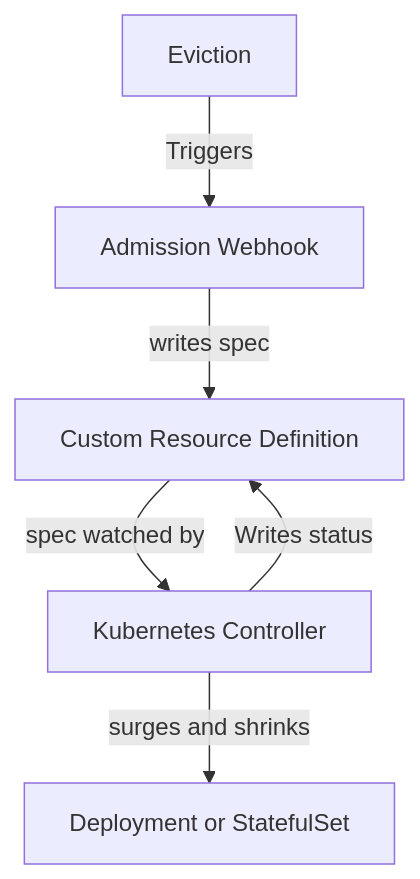
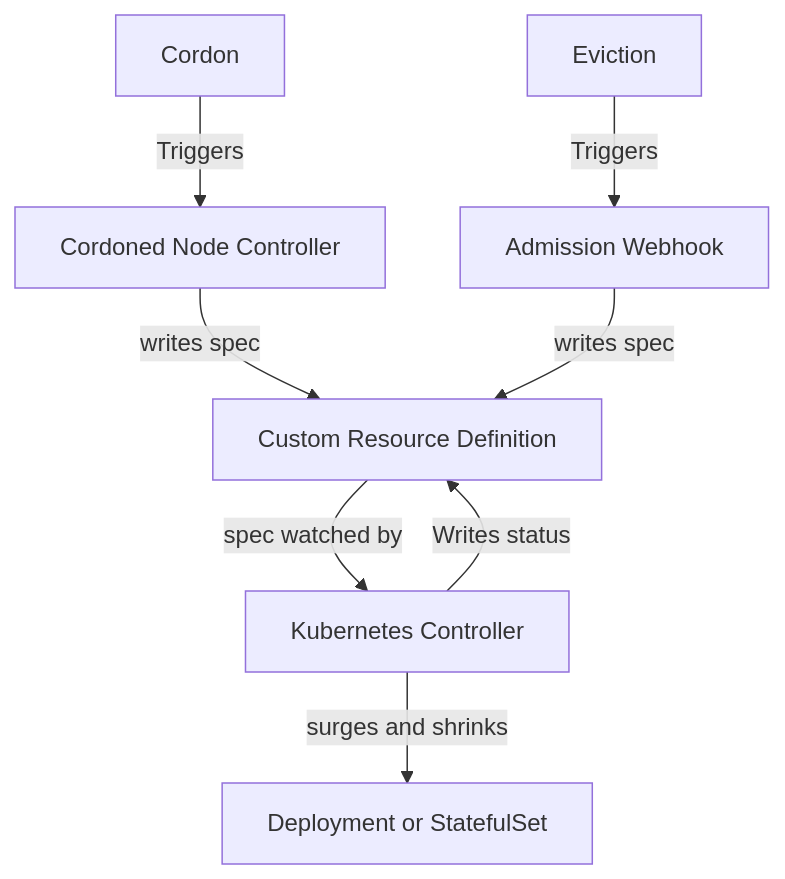
Before and after one commit to Azure/eviction-autoscaler: the diagram in README.md, drawn with Mermaid. The commit also changed other lines of this file and 1 other file, not shown here.

````diff
--- a/README.md
+++ b/README.md
@@ -34,14 +42,18 @@
 ```mermaid
 graph TD;
+    Cordon[Cordon]
+    NodeController[Cordoned Node Controller]
     Eviction[Eviction]
     Webhook[Admission Webhook]
     CRD[Custom Resource Definition]
     Controller[Kubernetes Controller]
     Deployment[Deployment or StatefulSet]
 
+    Cordon -->|Triggers| NodeController
+    NodeController -->|writes spec| CRD
     Eviction -->|Triggers| Webhook
     Webhook -->|writes spec| CRD 
     CRD -->|spec watched by| Controller
     Controller -->|surges and shrinks| Deployment
     Controller -->|Writes status| CRD
 ```
````
